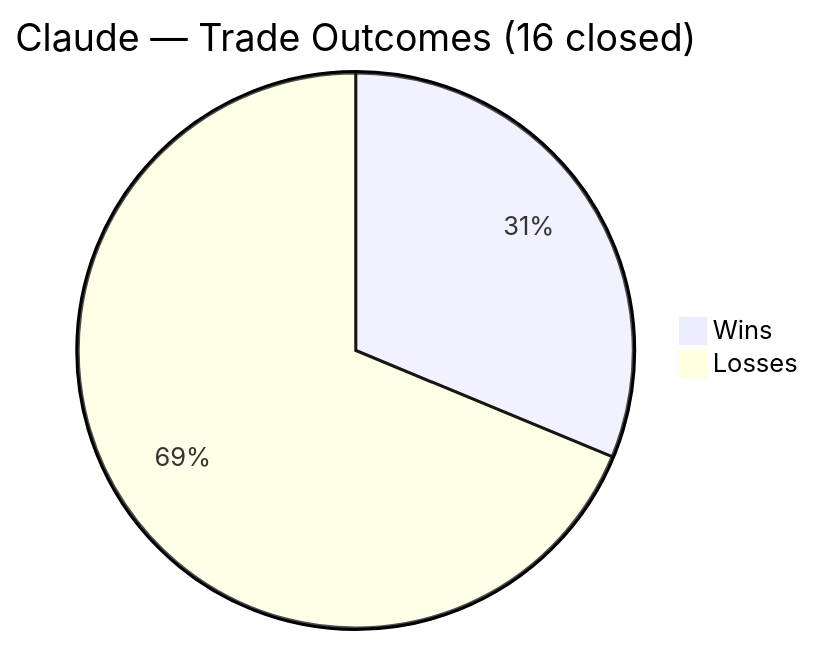
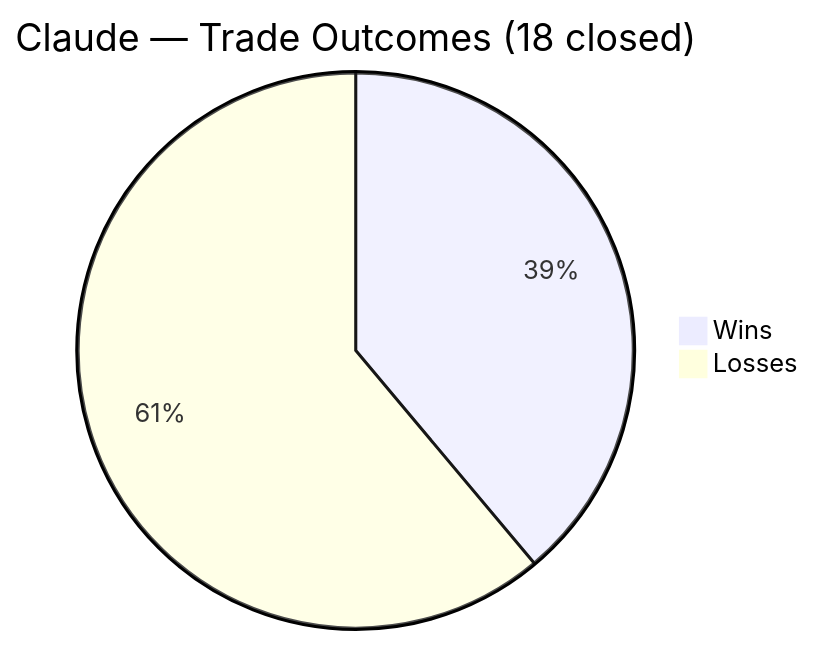
The third of 5 diagrams in README.md (zachisit/ai-auto-buy-thesis), drawn with Mermaid before and after one commit. The commit also changed other lines of this file and 4 other files, not shown here.

````diff
--- a/README.md
+++ b/README.md
@@ -47,5 +47,5 @@
 ```mermaid
-pie title Claude — Trade Outcomes (16 closed)
-    "Wins" : 5
+pie title Claude — Trade Outcomes (18 closed)
+    "Wins" : 7
     "Losses" : 11
 ```
````
